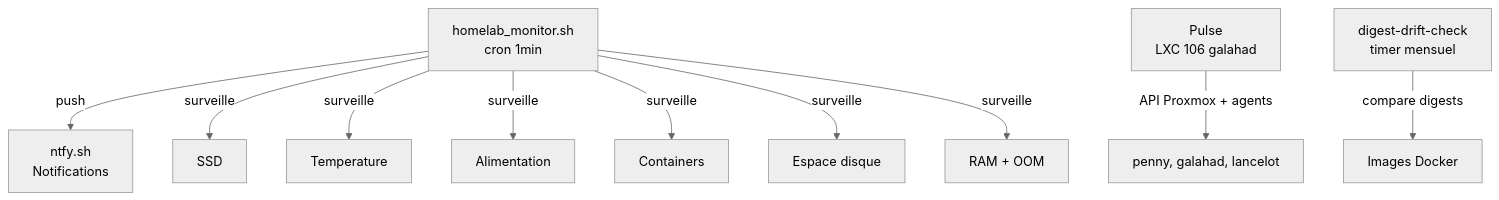
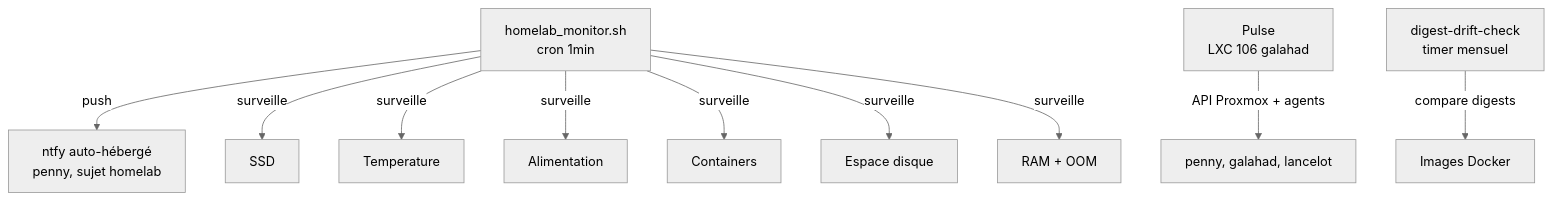
One commit to GabinSMD/homelab-doc changed the diagram in docs/operations/monitoring.md. Above: the diagram before and after it, drawn with Mermaid (neutral theme). The commit also changed other lines of this file, not shown here.

First line of the commit message:
docs(monitoring) : ntfy auto-hébergé, plus ntfy.sh

````diff
--- a/docs/operations/monitoring.md
+++ b/docs/operations/monitoring.md
@@ -5,14 +5,14 @@
 ```mermaid
 graph TD
-    Script[homelab_monitor.sh<br/>cron 1min] -->|push| Ntfy[ntfy.sh<br/>Notifications]
+    Script[homelab_monitor.sh<br/>cron 1min] -->|push| Ntfy[ntfy auto-hébergé<br/>penny, sujet homelab]
     Pulse[Pulse<br/>LXC 106 galahad] -->|API Proxmox + agents| Hosts[penny, galahad, lancelot]
     DD[digest-drift-check<br/>timer mensuel] -->|compare digests| Docker[Images Docker]
     
     Script -->|surveille| SSD[SSD]
     Script -->|surveille| Temp[Temperature]
     Script -->|surveille| Power[Alimentation]
     Script -->|surveille| Containers[Containers]
     Script -->|surveille| Disk[Espace disque]
     Script -->|surveille| RAM[RAM + OOM]
 
 ```
````
